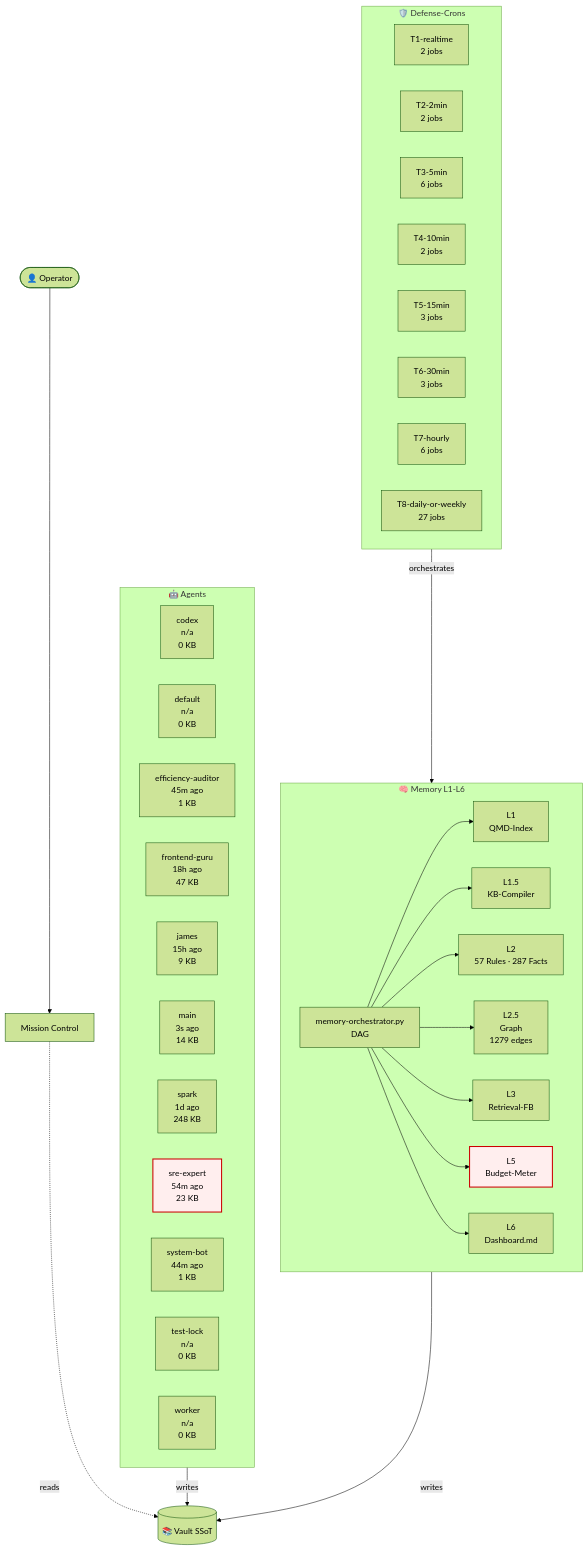
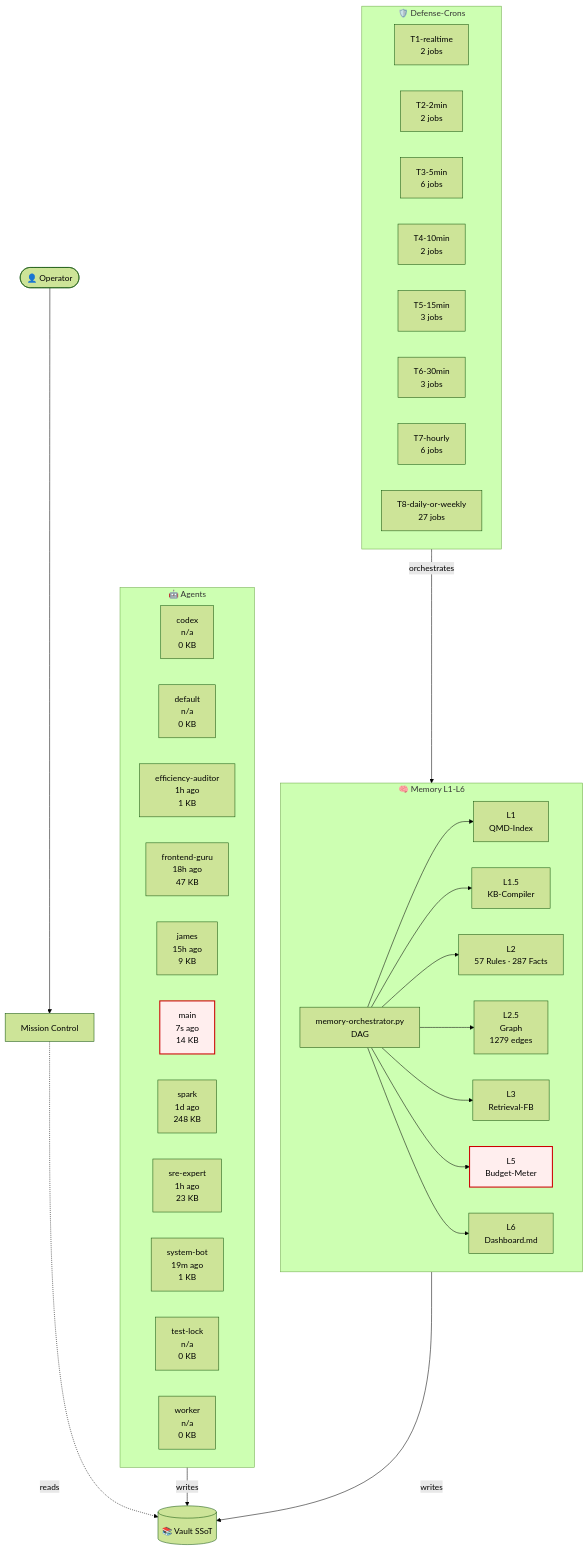
The diagram in 03-Agents/architecture-live.md (lenardhuebner88-rgb/openclaw-memory), drawn with Mermaid (forest theme) before and after one commit. The commit also changed other lines of this file and 16 other files, not shown here.

````diff
--- a/03-Agents/architecture-live.md
+++ b/03-Agents/architecture-live.md
@@ -18,54 +18,54 @@
 ```mermaid
 flowchart TB
     classDef critical fill:#fee,stroke:#c00,stroke-width:2px;
     subgraph AGT["🤖 Agents"]
         agent_codex["codex<br/>n/a<br/>0 KB"]
         agent_default["default<br/>n/a<br/>0 KB"]
-        agent_efficiency_auditor["efficiency-auditor<br/>45m ago<br/>1 KB"]
+        agent_efficiency_auditor["efficiency-auditor<br/>1h ago<br/>1 KB"]
         agent_frontend_guru["frontend-guru<br/>18h ago<br/>47 KB"]
         agent_james["james<br/>15h ago<br/>9 KB"]
-        agent_main["main<br/>3s ago<br/>14 KB"]
+        agent_main["main<br/>7s ago<br/>14 KB"]
         agent_spark["spark<br/>1d ago<br/>248 KB"]
-        agent_sre_expert["sre-expert<br/>54m ago<br/>23 KB"]
-        agent_system_bot["system-bot<br/>44m ago<br/>1 KB"]
+        agent_sre_expert["sre-expert<br/>1h ago<br/>23 KB"]
+        agent_system_bot["system-bot<br/>19m ago<br/>1 KB"]
         agent_test_lock["test-lock<br/>n/a<br/>0 KB"]
         agent_worker["worker<br/>n/a<br/>0 KB"]
     end
     subgraph MEM["🧠 Memory L1-L6"]
         L1["L1<br/>QMD-Index"]
         L15["L1.5<br/>KB-Compiler"]
         L2["L2<br/>57 Rules · 287 Facts"]
         L25["L2.5<br/>Graph<br/>1279 edges"]
         L3["L3<br/>Retrieval-FB"]
         L5["L5<br/>Budget-Meter"]
         L6["L6<br/>Dashboard.md"]
         ORCH["memory-orchestrator.py<br/>DAG"]
     end
     subgraph CRN["🛡️ Defense-Crons"]
         tier_T1_realtime["T1-realtime<br/>2 jobs"]
         tier_T2_2min["T2-2min<br/>2 jobs"]
         tier_T3_5min["T3-5min<br/>6 jobs"]
         tier_T4_10min["T4-10min<br/>2 jobs"]
         tier_T5_15min["T5-15min<br/>3 jobs"]
         tier_T6_30min["T6-30min<br/>3 jobs"]
         tier_T7_hourly["T7-hourly<br/>6 jobs"]
         tier_T8_daily_or_weekly["T8-daily-or-weekly<br/>27 jobs"]
     end
     VAULT[("📚 Vault SSoT")]
     OP([👤 Operator])
     MC["Mission Control"]
     OP --> MC
     MC -.reads.-> VAULT
     AGT -->|writes| VAULT
     MEM -->|writes| VAULT
     ORCH --> L1
     ORCH --> L15
     ORCH --> L2
     ORCH --> L25
     ORCH --> L3
     ORCH --> L5
     ORCH --> L6
     CRN -->|orchestrates| MEM
     class L5 critical
-    class agent_sre_expert critical
+    class agent_main critical
 ```
````
